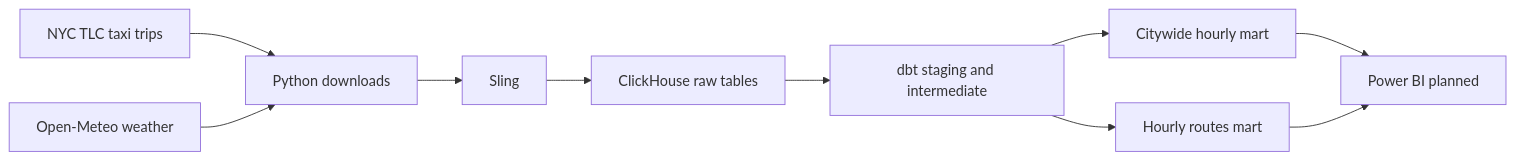
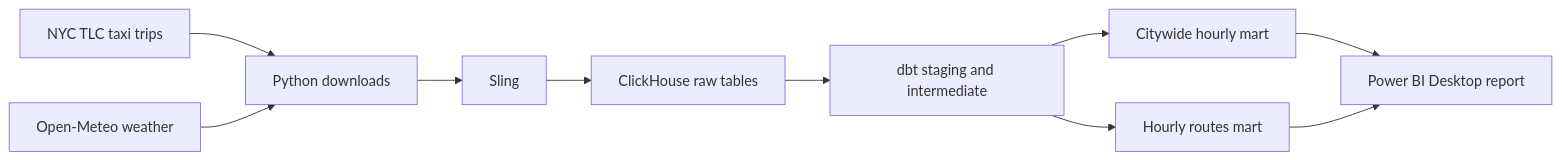
One commit to MantsovKir/nyc-taxi-weather-pipeline changed the diagram in README.md. Above: the diagram before and after it, drawn with Mermaid. The commit also changed other lines of this file and 4 other files, not shown here.

````diff
--- a/README.md
+++ b/README.md
@@ -13,12 +13,12 @@
 ```mermaid
 flowchart LR
     T[NYC TLC taxi trips] --> P[Python downloads]
     W[Open-Meteo weather] --> P
     P --> S[Sling]
     S --> R[ClickHouse raw tables]
     R --> D[dbt staging and intermediate]
     D --> C[Citywide hourly mart]
     D --> Z[Hourly routes mart]
-    C --> BI[Power BI planned]
+    C --> BI[Power BI Desktop report]
     Z --> BI
 ```
````
